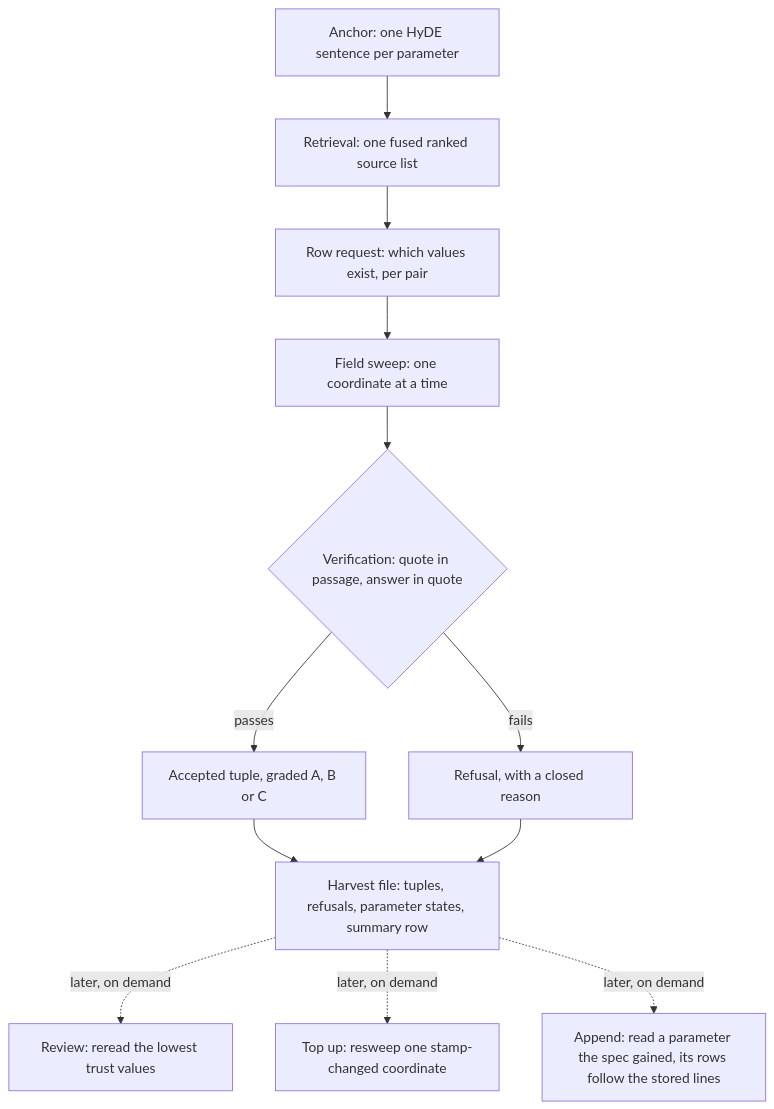
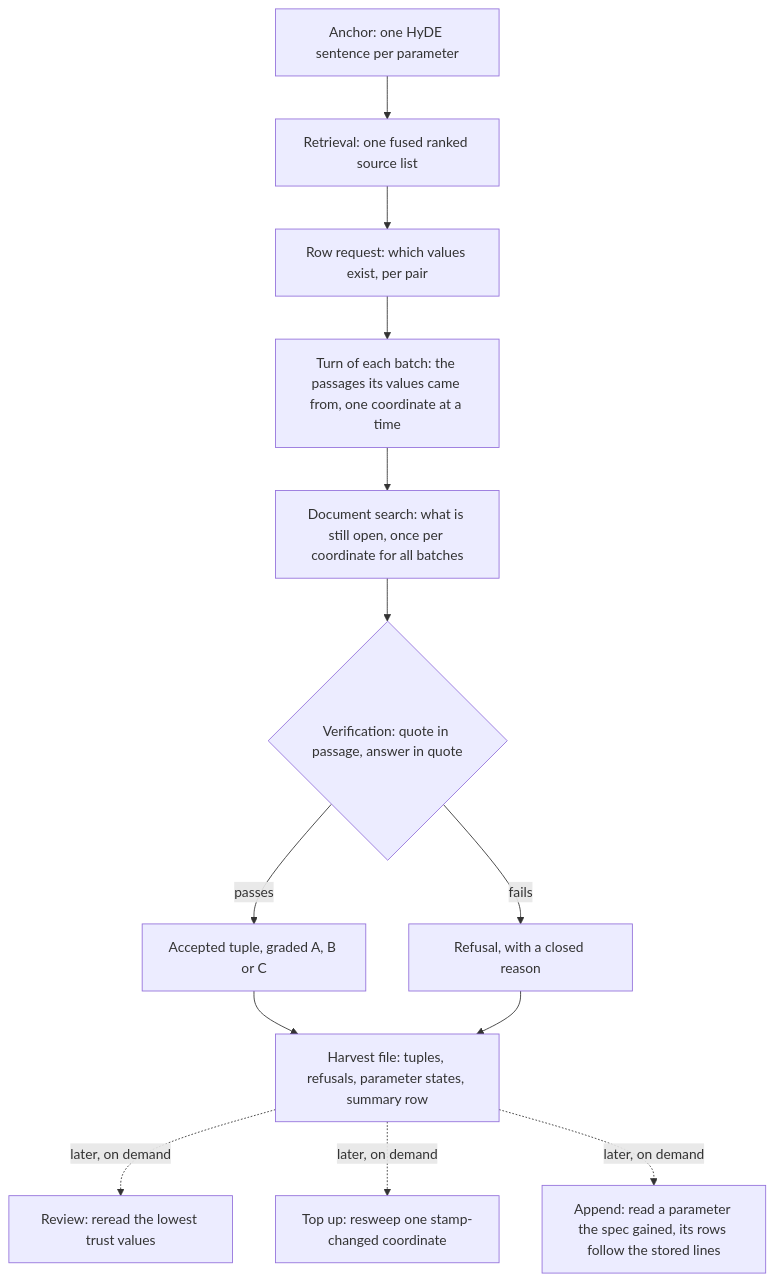
Before and after one commit to OpenEnergyPlatform/municipal-heat-planning-pdf-processing: the first of 2 diagrams in docs/_intros/stages/extraction.md, drawn with Mermaid. The commit also changed other lines of this file and 16 other files, not shown here.

First line of the commit message:
What a document's batches leave open on a coordinate is searched once per document, and never with more requests than before

````diff
--- a/docs/_intros/stages/extraction.md
+++ b/docs/_intros/stages/extraction.md
@@ -43,14 +43,15 @@
 ```mermaid
 flowchart TD
     anchor[Anchor: one HyDE sentence per parameter] --> retrieve[Retrieval: one fused ranked source list]
     retrieve --> rows[Row request: which values exist, per pair]
-    rows --> sweep[Field sweep: one coordinate at a time]
+    rows --> turn[Turn of each batch: the passages its values came from, one coordinate at a time]
+    turn --> sweep[Document search: what is still open, once per coordinate for all batches]
     sweep --> verify{Verification: quote in passage, answer in quote}
     verify -->|passes| tuple[Accepted tuple, graded A, B or C]
     verify -->|fails| refusal[Refusal, with a closed reason]
     tuple --> harvest[Harvest file: tuples, refusals, parameter states, summary row]
     refusal --> harvest
     harvest -. later, on demand .-> review[Review: reread the lowest trust values]
     harvest -. later, on demand .-> topup[Top up: resweep one stamp-changed coordinate]
     harvest -. later, on demand .-> append[Append: read a parameter the spec gained, its rows follow the stored lines]
 ```
````
